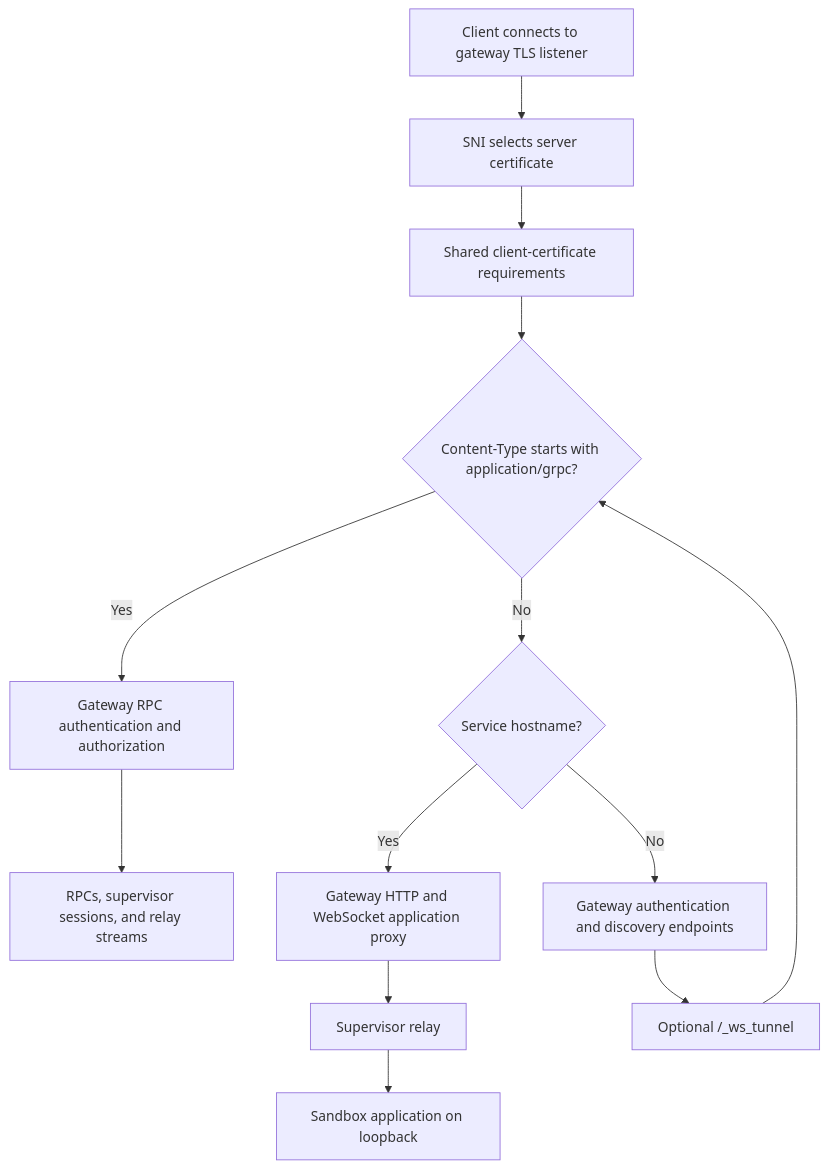
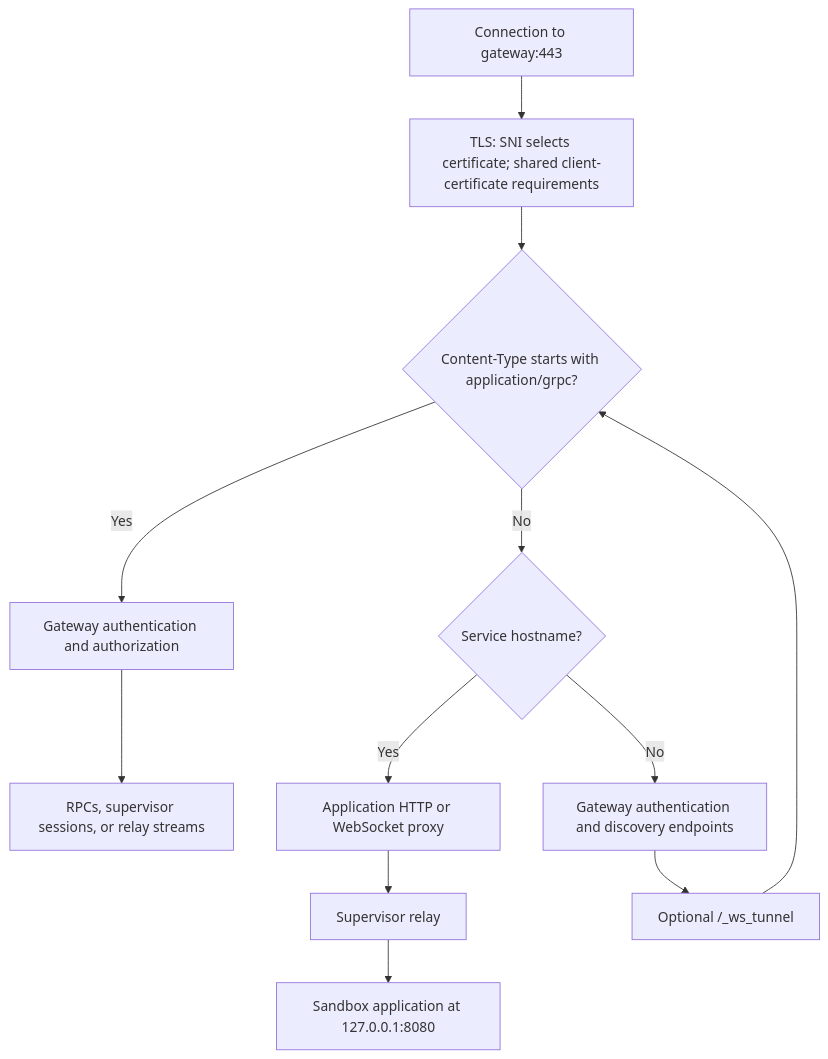
The first of 2 diagrams in rfc/0017-sandbox-service-exposure/README.md (NVIDIA/OpenShell), drawn with Mermaid before and after one commit. The commit also changed other lines of this file, not shown here.

````diff
--- a/rfc/0017-sandbox-service-exposure/README.md
+++ b/rfc/0017-sandbox-service-exposure/README.md
@@ -73,15 +56,14 @@
 ```mermaid
 flowchart TD
-    Client[Client connects to gateway TLS listener] --> TLS[SNI selects server certificate]
-    TLS --> Cert[Shared client-certificate requirements]
-    Cert --> Dispatch{Content-Type starts with application/grpc?}
-    Dispatch -->|Yes| RPC[Gateway RPC authentication and authorization]
-    RPC --> Control[RPCs, supervisor sessions, and relay streams]
+    Client[Connection to gateway:443] --> TLS[TLS: SNI selects certificate; shared client-certificate requirements]
+    TLS --> Dispatch{Content-Type starts with application/grpc?}
+    Dispatch -->|Yes| RPC[Gateway authentication and authorization]
+    RPC --> Control[RPCs, supervisor sessions, or relay streams]
     Dispatch -->|No| Host{Service hostname?}
-    Host -->|Yes| Proxy[Gateway HTTP and WebSocket application proxy]
+    Host -->|Yes| Proxy[Application HTTP or WebSocket proxy]
     Proxy --> Relay[Supervisor relay]
-    Relay --> App[Sandbox application on loopback]
+    Relay --> App[Sandbox application at 127.0.0.1:8080]
     Host -->|No| HTTP[Gateway authentication and discovery endpoints]
     HTTP --> Tunnel[Optional /_ws_tunnel]
     Tunnel --> Dispatch
 ```
````
